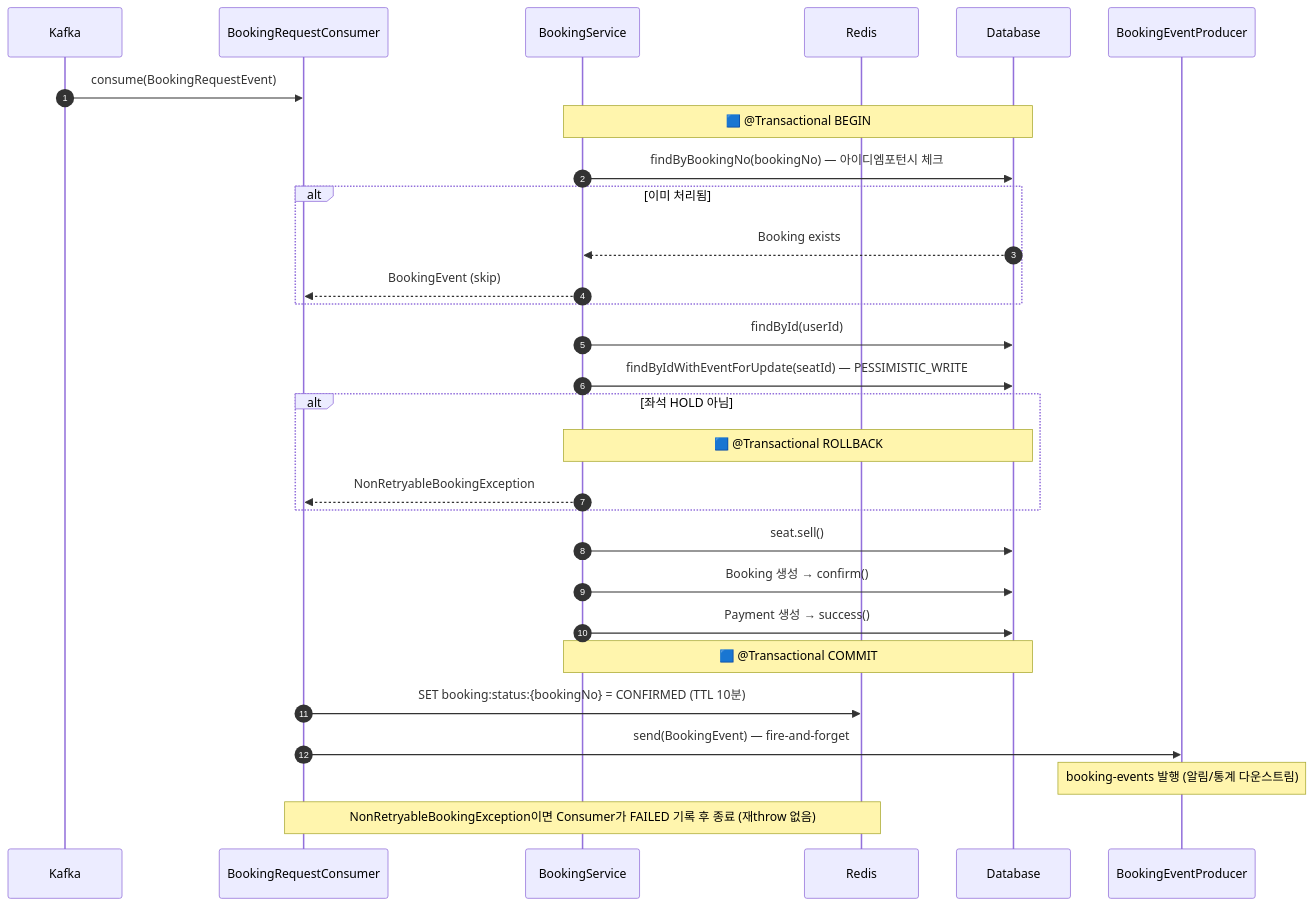
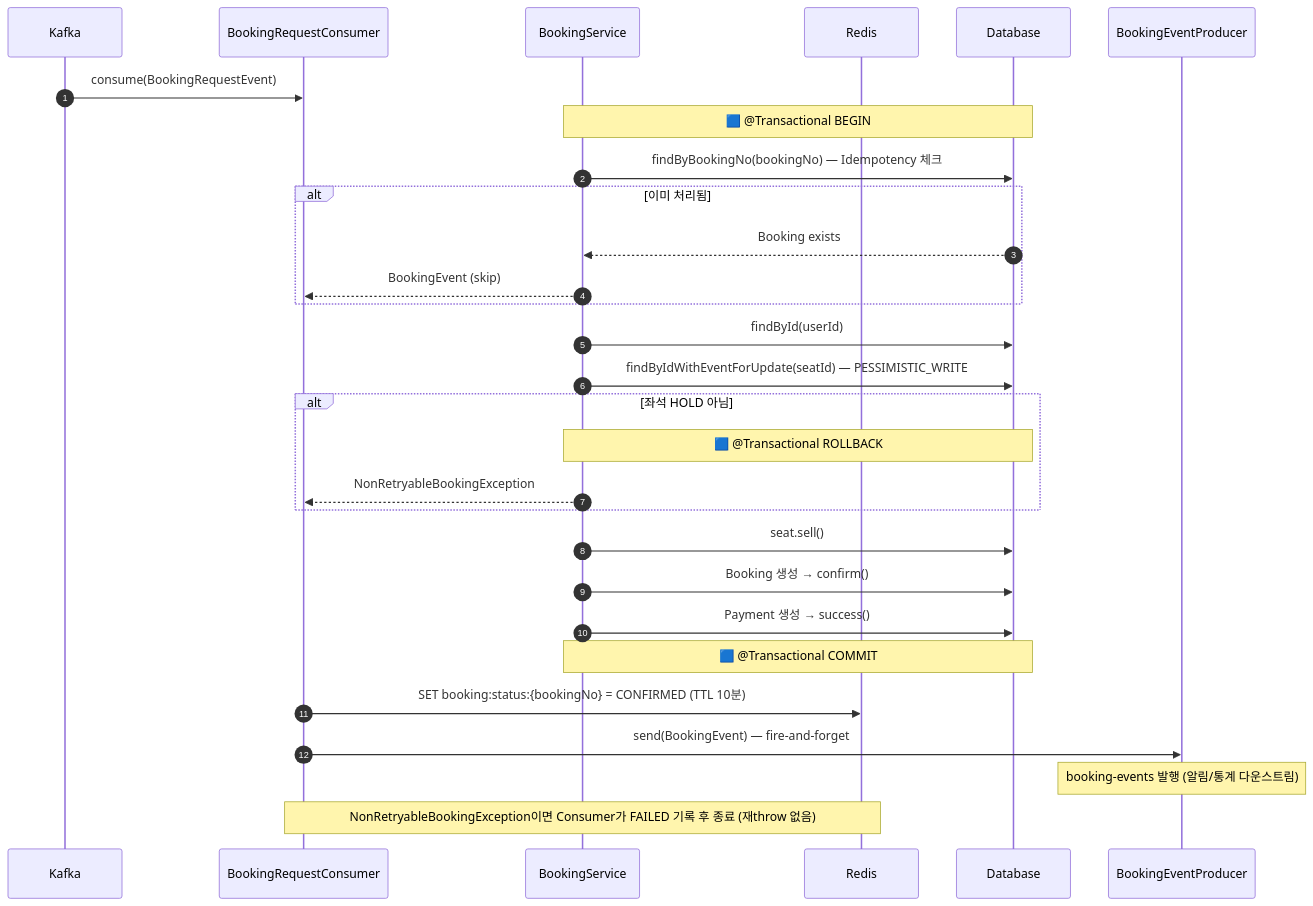
Before and after one commit to mercedes6115/ticketing-vibe: the fourth of 7 diagrams in docs/transaction-flows.md, drawn with Mermaid. The commit also changed other lines of this file and 5 other files, not shown here.

````diff
--- a/docs/transaction-flows.md
+++ b/docs/transaction-flows.md
@@ -156,40 +156,40 @@
 ```mermaid
 sequenceDiagram
     autonumber
     participant K   as Kafka
     participant Con as BookingRequestConsumer
     participant BS  as BookingService
     participant R   as Redis
     participant DB  as Database
     participant EP  as BookingEventProducer
 
     K->>Con: consume(BookingRequestEvent)
 
     Note over BS,DB: 🟦 @Transactional BEGIN
 
-    BS->>DB: findByBookingNo(bookingNo) — 아이디엠포턴시 체크
+    BS->>DB: findByBookingNo(bookingNo) — Idempotency 체크
     alt 이미 처리됨
         DB-->>BS: Booking exists
         BS-->>Con: BookingEvent (skip)
     end
 
     BS->>DB: findById(userId)
     BS->>DB: findByIdWithEventForUpdate(seatId) — PESSIMISTIC_WRITE
 
     alt 좌석 HOLD 아님
         Note over BS,DB: 🟦 @Transactional ROLLBACK
         BS-->>Con: NonRetryableBookingException
     end
 
     BS->>DB: seat.sell()
 
     BS->>DB: Booking 생성 → confirm()
     BS->>DB: Payment 생성 → success()
 
     Note over BS,DB: 🟦 @Transactional COMMIT
     Con->>R:  SET booking:status:{bookingNo} = CONFIRMED (TTL 10분)
     Con->>EP: send(BookingEvent) — fire-and-forget
 
     Note over EP: booking-events 발행 (알림/통계 다운스트림)
     Note over Con,R: NonRetryableBookingException이면 Consumer가 FAILED 기록 후 종료 (재throw 없음)
 ```
````
